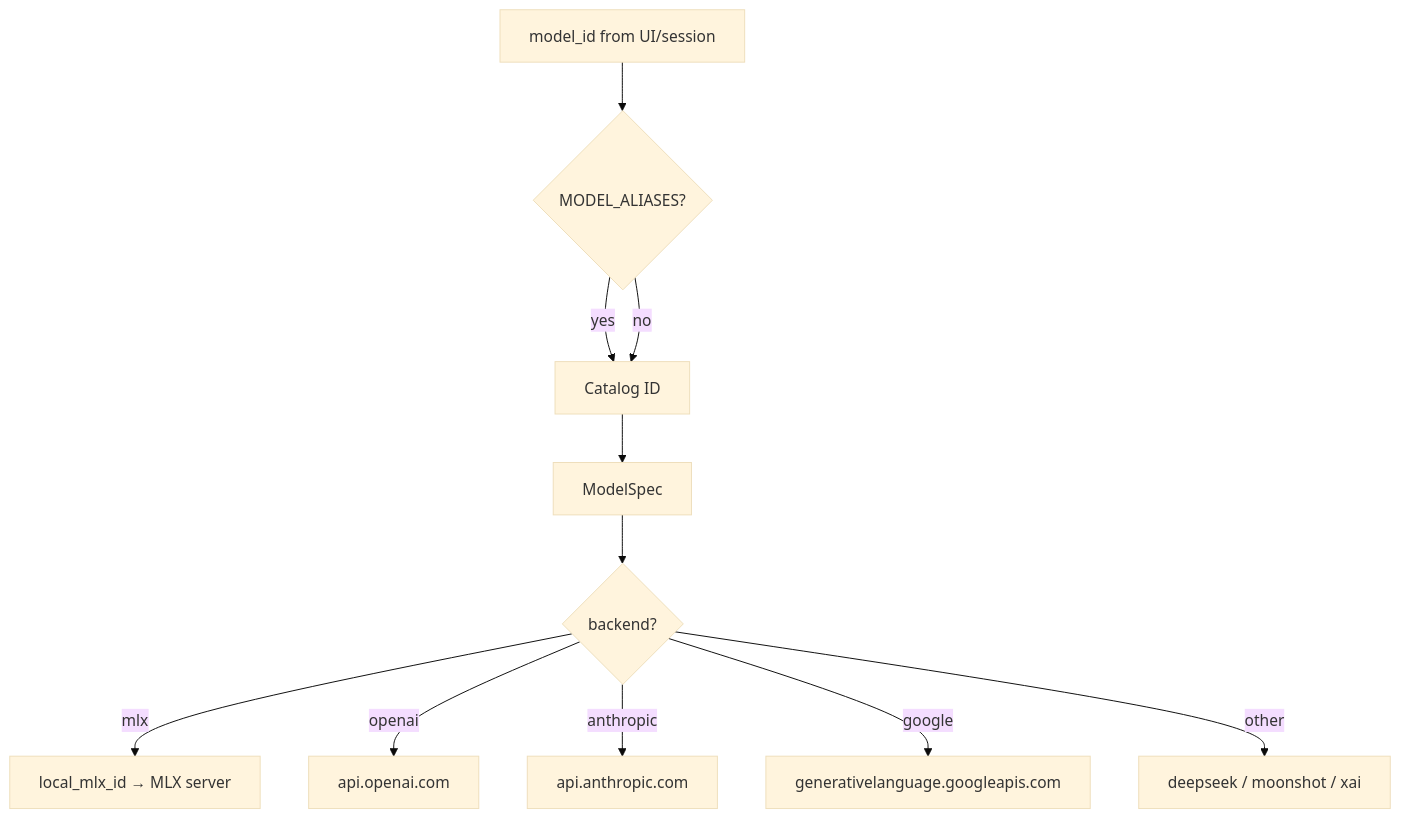
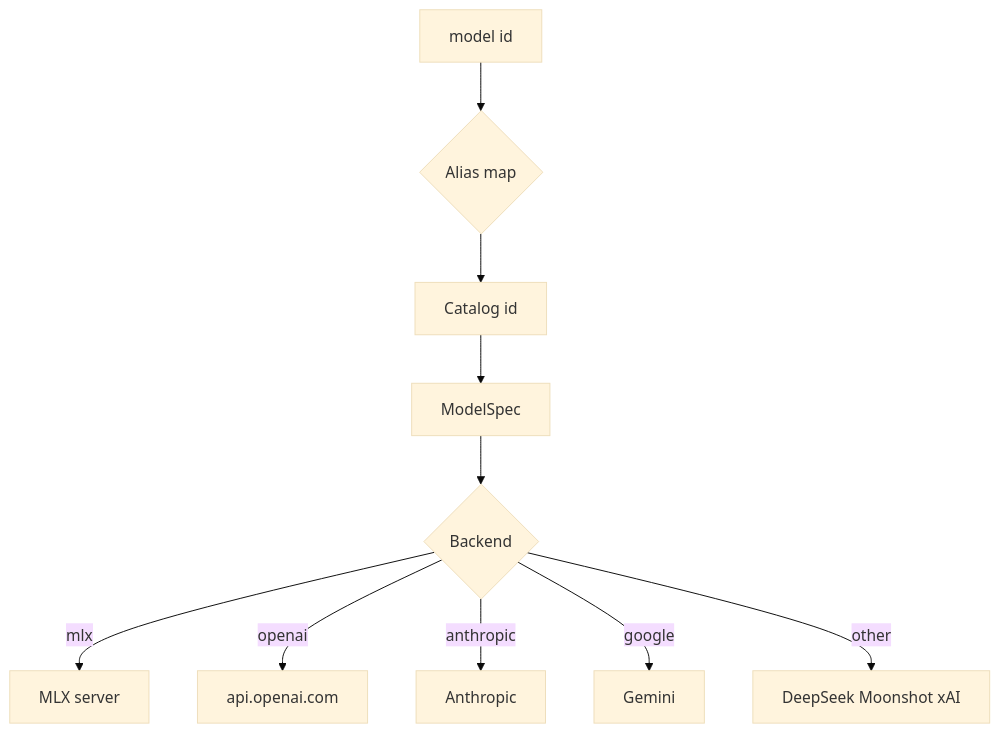
The eighth of 10 diagrams in docs/ARCHITECTURE.md (zxspring21/localAIAgent), drawn with Mermaid (base theme) before and after one commit. The commit also changed other lines of this file and 10 other files, not shown here.

````diff
--- a/docs/ARCHITECTURE.md
+++ b/docs/ARCHITECTURE.md
@@ -258,13 +243,12 @@
 ```mermaid
 flowchart TD
-    IN[model_id from UI/session] --> ALIAS{MODEL_ALIASES?}
-    ALIAS -->|yes| CAT[Catalog ID]
-    ALIAS -->|no| CAT
-    CAT --> SPEC[ModelSpec]
-    SPEC --> BACK{backend?}
-    BACK -->|mlx| MLX[local_mlx_id → MLX server]
-    BACK -->|openai| OAI[api.openai.com]
-    BACK -->|anthropic| ANT[api.anthropic.com]
-    BACK -->|google| GEM[generativelanguage.googleapis.com]
-    BACK -->|other| OTHER[deepseek / moonshot / xai]
+  IN["model id"] --> ALIAS{"Alias map"}
+  ALIAS --> CAT["Catalog id"]
+  CAT --> SPEC["ModelSpec"]
+  SPEC --> BACK{"Backend"}
+  BACK -->|"mlx"| MLX["MLX server"]
+  BACK -->|"openai"| OAI["api.openai.com"]
+  BACK -->|"anthropic"| ANT["Anthropic"]
+  BACK -->|"google"| GEM["Gemini"]
+  BACK -->|"other"| OTHER["DeepSeek Moonshot xAI"]
 ```
````
